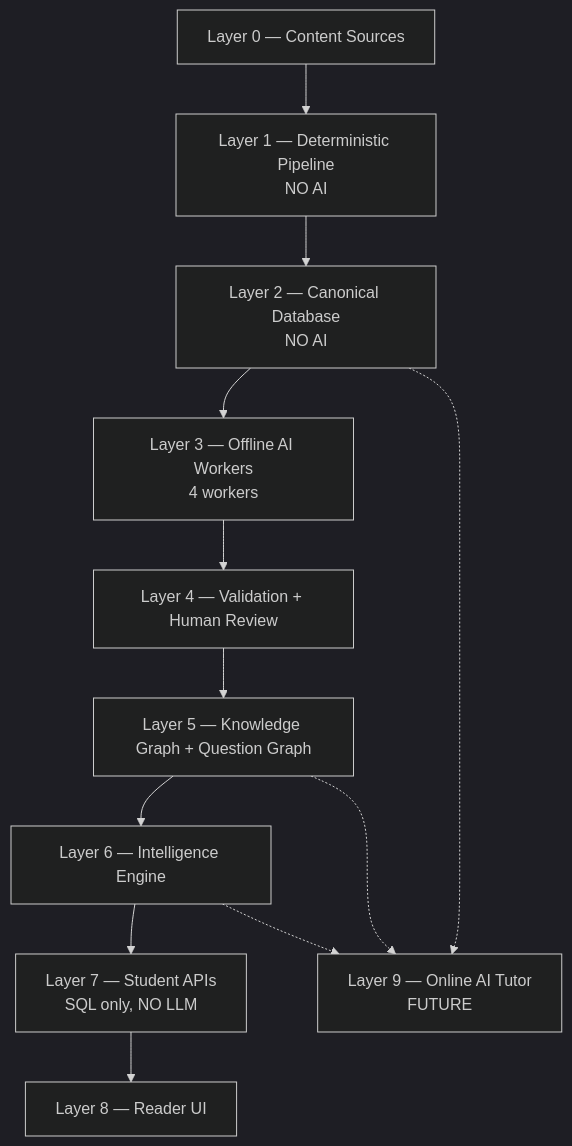
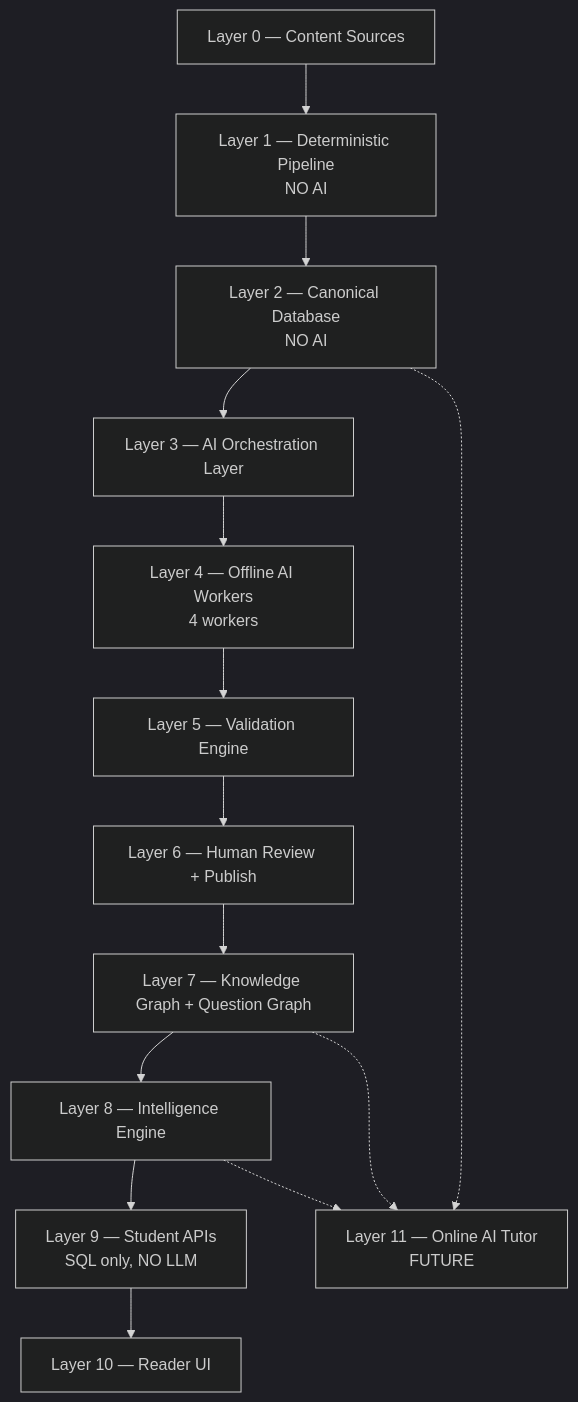
Before and after one commit to adarsh-repos/knowledge-compiler: the first of 4 diagrams in docs/platform/ai/AI-PLATFORM-GUIDE.md, drawn with Mermaid (dark theme). The commit also changed other lines of this file and 1 other file, not shown here.

First line of the commit message:
Sync AI Platform Guide v1.1: orchestration, validation engine, PYQ years.

````diff
--- a/docs/platform/ai/AI-PLATFORM-GUIDE.md
+++ b/docs/platform/ai/AI-PLATFORM-GUIDE.md
@@ -20,18 +20,20 @@
 ```mermaid
 flowchart TB
     L0[Layer 0 — Content Sources]
     L1[Layer 1 — Deterministic Pipeline<br/>NO AI]
     L2[Layer 2 — Canonical Database<br/>NO AI]
-    L3[Layer 3 — Offline AI Workers<br/>4 workers]
-    L4[Layer 4 — Validation + Human Review]
-    L5[Layer 5 — Knowledge Graph + Question Graph]
-    L6[Layer 6 — Intelligence Engine]
-    L7[Layer 7 — Student APIs<br/>SQL only, NO LLM]
-    L8[Layer 8 — Reader UI]
-    L9[Layer 9 — Online AI Tutor<br/>FUTURE]
+    L3[Layer 3 — AI Orchestration Layer]
+    L4[Layer 4 — Offline AI Workers<br/>4 workers]
+    L5[Layer 5 — Validation Engine]
+    L6[Layer 6 — Human Review + Publish]
+    L7[Layer 7 — Knowledge Graph + Question Graph]
+    L8[Layer 8 — Intelligence Engine]
+    L9[Layer 9 — Student APIs<br/>SQL only, NO LLM]
+    L10[Layer 10 — Reader UI]
+    L11[Layer 11 — Online AI Tutor<br/>FUTURE]
 
-    L0 --> L1 --> L2 --> L3 --> L4 --> L5 --> L6 --> L7 --> L8
-    L5 -.-> L9
-    L6 -.-> L9
-    L2 -.-> L9
+    L0 --> L1 --> L2 --> L3 --> L4 --> L5 --> L6 --> L7 --> L8 --> L9 --> L10
+    L7 -.-> L11
+    L8 -.-> L11
+    L2 -.-> L11
 ```
````
